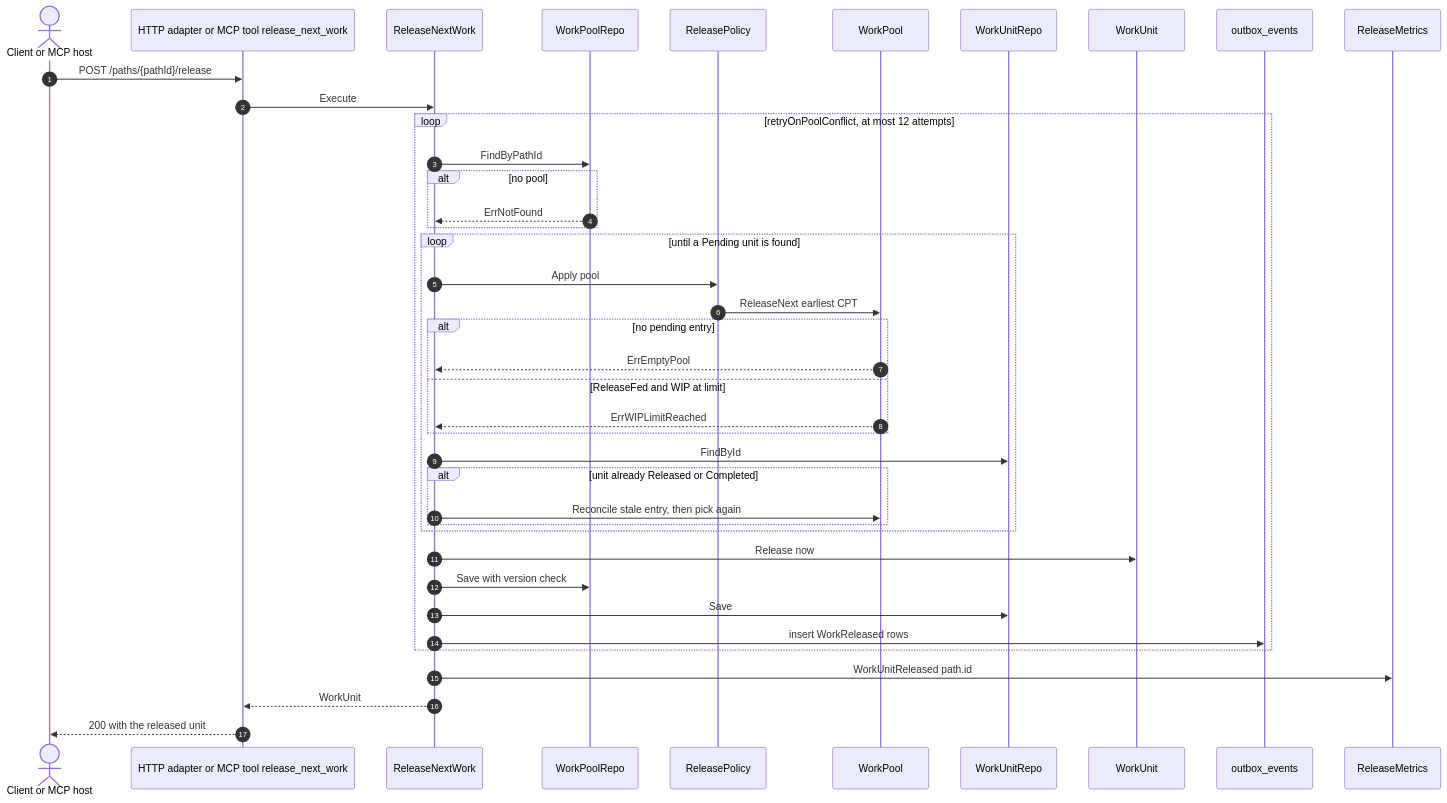
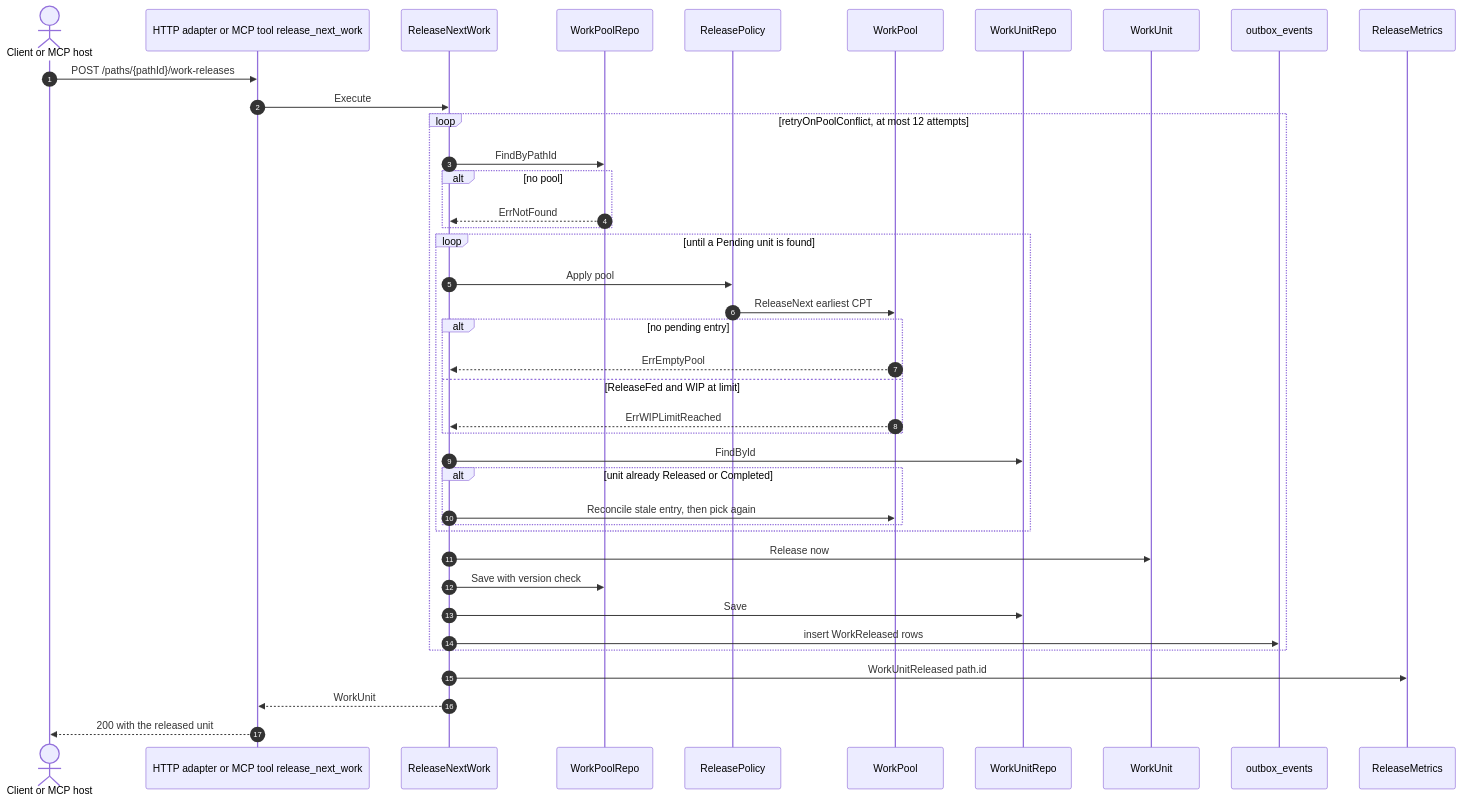
One commit to IQVO/wes-work-planning changed the second of 11 diagrams in docs/docs/ddd/sequence-diagrams.md. Above: the diagram before and after it, drawn with Mermaid. The commit also changed other lines of this file and 29 other files, not shown here.

````diff
--- a/docs/docs/ddd/sequence-diagrams.md
+++ b/docs/docs/ddd/sequence-diagrams.md
@@ -93,43 +93,43 @@
 ```mermaid
 sequenceDiagram
     autonumber
     actor Caller as Client or MCP host
     participant IN as HTTP adapter or MCP tool release_next_work
     participant UC as ReleaseNextWork
     participant PoolRepo as WorkPoolRepo
     participant Policy as ReleasePolicy
     participant Pool as WorkPool
     participant UnitRepo as WorkUnitRepo
     participant Unit as WorkUnit
     participant Outbox as outbox_events
     participant Metrics as ReleaseMetrics
 
-    Caller->>IN: POST /paths/{pathId}/release
+    Caller->>IN: POST /paths/{pathId}/work-releases
     IN->>UC: Execute
     loop retryOnPoolConflict, at most 12 attempts
         UC->>PoolRepo: FindByPathId
         alt no pool
             PoolRepo-->>UC: ErrNotFound
         end
         loop until a Pending unit is found
             UC->>Policy: Apply pool
             Policy->>Pool: ReleaseNext earliest CPT
             alt no pending entry
                 Pool-->>UC: ErrEmptyPool
             else ReleaseFed and WIP at limit
                 Pool-->>UC: ErrWIPLimitReached
             end
             UC->>UnitRepo: FindById
             alt unit already Released or Completed
                 UC->>Pool: Reconcile stale entry, then pick again
             end
         end
         UC->>Unit: Release now
         UC->>PoolRepo: Save with version check
         UC->>UnitRepo: Save
         UC->>Outbox: insert WorkReleased rows
     end
     UC->>Metrics: WorkUnitReleased path.id
     UC-->>IN: WorkUnit
     IN-->>Caller: 200 with the released unit
 ```
````
